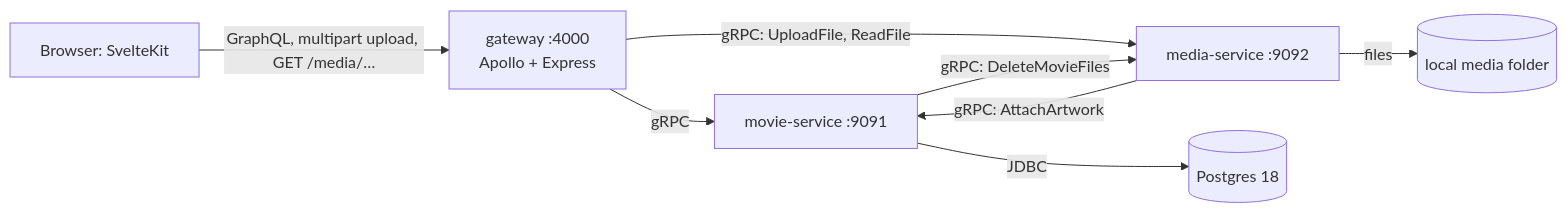
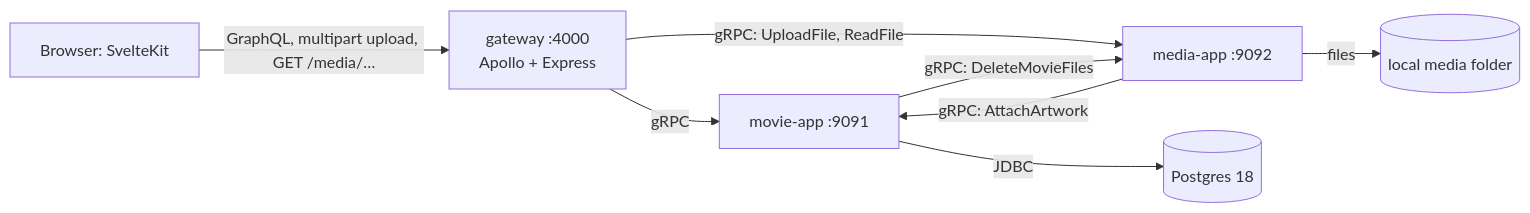
Before and after one commit to dancepop/svelte-kotlin-try: the first of 6 diagrams in docs/backend-design.md, drawn with Mermaid. The commit also changed other lines of this file and 125 other files, not shown here.

````diff
--- a/docs/backend-design.md
+++ b/docs/backend-design.md
@@ -9,10 +9,10 @@
 ```mermaid
 flowchart LR
   browser[Browser: SvelteKit] -- "GraphQL, multipart upload, GET /media/…" --> gw[gateway :4000<br/>Apollo + Express]
-  gw -- gRPC --> movie[movie-service :9091]
-  gw -- "gRPC: UploadFile, ReadFile" --> media[media-service :9092]
+  gw -- gRPC --> movie[movie-app :9091]
+  gw -- "gRPC: UploadFile, ReadFile" --> media[media-app :9092]
   media -- "gRPC: AttachArtwork" --> movie
   movie -- "gRPC: DeleteMovieFiles" --> media
   movie -- JDBC --> pg[(Postgres 18)]
   media -- files --> vol[(local media folder)]
 ```
````
